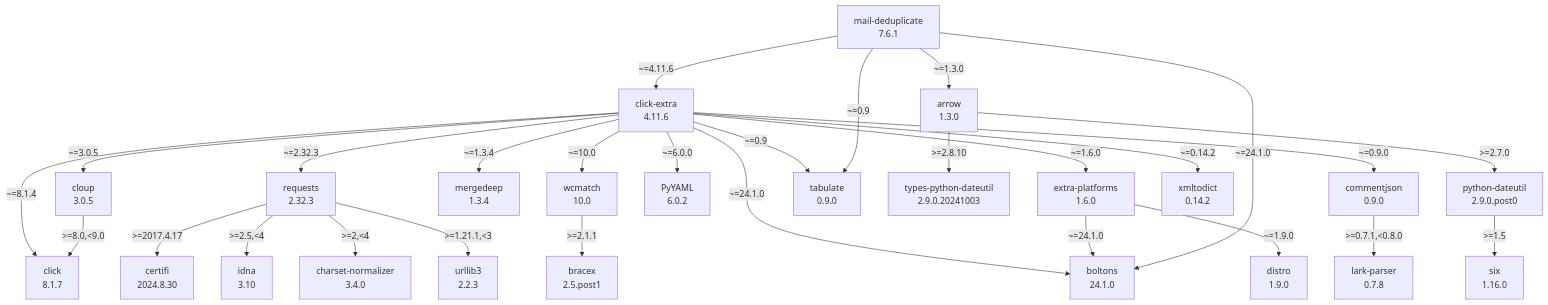
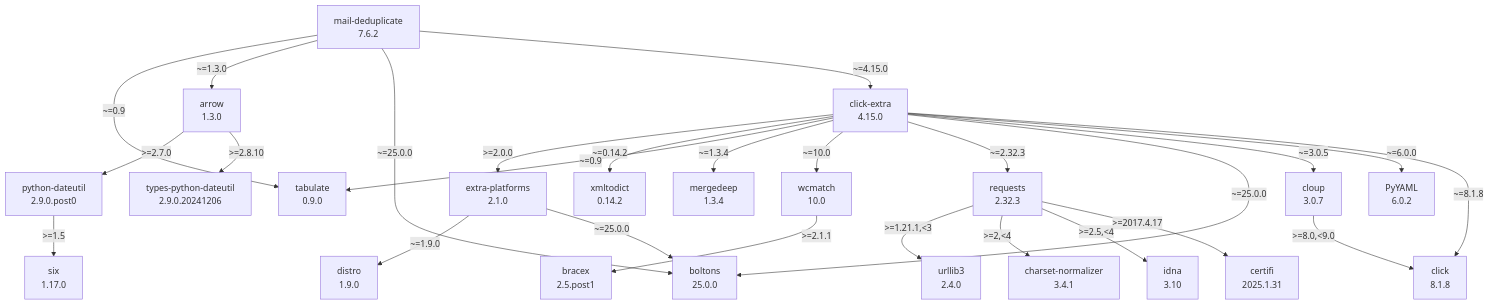
Before and after one commit to kdeldycke/mail-deduplicate: the diagram in docs/assets/dependencies.mmd, drawn with Mermaid.

Commit message:
[autofix] Regenerate dependency graph

```diff
--- a/docs/assets/dependencies.mmd
+++ b/docs/assets/dependencies.mmd
@@ -1,53 +1,49 @@
 flowchart TD
     classDef missing stroke-dasharray: 5
     arrow["arrow\n1.3.0"]
-    boltons["boltons\n24.1.0"]
+    boltons["boltons\n25.0.0"]
     bracex["bracex\n2.5.post1"]
-    certifi["certifi\n2024.8.30"]
-    charset-normalizer["charset-normalizer\n3.4.0"]
-    click-extra["click-extra\n4.11.6"]
-    click_0["click\n8.1.7"]
-    cloup["cloup\n3.0.5"]
-    commentjson["commentjson\n0.9.0"]
+    certifi["certifi\n2025.1.31"]
+    charset-normalizer["charset-normalizer\n3.4.1"]
+    click-extra["click-extra\n4.15.0"]
+    click_0["click\n8.1.8"]
+    cloup["cloup\n3.0.7"]
     distro["distro\n1.9.0"]
-    extra-platforms["extra-platforms\n1.6.0"]
+    extra-platforms["extra-platforms\n2.1.0"]
     idna["idna\n3.10"]
-    lark-parser["lark-parser\n0.7.8"]
-    mail-deduplicate["mail-deduplicate\n7.6.1"]
+    mail-deduplicate["mail-deduplicate\n7.6.2"]
     mergedeep["mergedeep\n1.3.4"]
     python-dateutil["python-dateutil\n2.9.0.post0"]
     pyyaml["PyYAML\n6.0.2"]
     requests["requests\n2.32.3"]
-    six["six\n1.16.0"]
+    six["six\n1.17.0"]
     tabulate["tabulate\n0.9.0"]
-    types-python-dateutil["types-python-dateutil\n2.9.0.20241003"]
-    urllib3["urllib3\n2.2.3"]
+    types-python-dateutil["types-python-dateutil\n2.9.0.20241206"]
+    urllib3["urllib3\n2.4.0"]
     wcmatch["wcmatch\n10.0"]
     xmltodict["xmltodict\n0.14.2"]
     arrow -- ">=2.7.0" --> python-dateutil
     arrow -- ">=2.8.10" --> types-python-dateutil
+    click-extra -- ">=2.0.0" --> extra-platforms
     click-extra -- "~=0.14.2" --> xmltodict
     click-extra -- "~=0.9" --> tabulate
-    click-extra -- "~=0.9.0" --> commentjson
     click-extra -- "~=1.3.4" --> mergedeep
-    click-extra -- "~=1.6.0" --> extra-platforms
     click-extra -- "~=10.0" --> wcmatch
     click-extra -- "~=2.32.3" --> requests
-    click-extra -- "~=24.1.0" --> boltons
+    click-extra -- "~=25.0.0" --> boltons
     click-extra -- "~=3.0.5" --> cloup
     click-extra -- "~=6.0.0" --> pyyaml
-    click-extra -- "~=8.1.4" --> click_0
+    click-extra -- "~=8.1.8" --> click_0
     cloup -- ">=8.0,<9.0" --> click_0
-    commentjson -- ">=0.7.1,<0.8.0" --> lark-parser
     extra-platforms -- "~=1.9.0" --> distro
-    extra-platforms -- "~=24.1.0" --> boltons
+    extra-platforms -- "~=25.0.0" --> boltons
     mail-deduplicate -- "~=0.9" --> tabulate
     mail-deduplicate -- "~=1.3.0" --> arrow
-    mail-deduplicate -- "~=24.1.0" --> boltons
-    mail-deduplicate -- "~=4.11.6" --> click-extra
+    mail-deduplicate -- "~=25.0.0" --> boltons
+    mail-deduplicate -- "~=4.15.0" --> click-extra
     python-dateutil -- ">=1.5" --> six
     requests -- ">=1.21.1,<3" --> urllib3
     requests -- ">=2,<4" --> charset-normalizer
     requests -- ">=2.5,<4" --> idna
     requests -- ">=2017.4.17" --> certifi
     wcmatch -- ">=2.1.1" --> bracex
```
